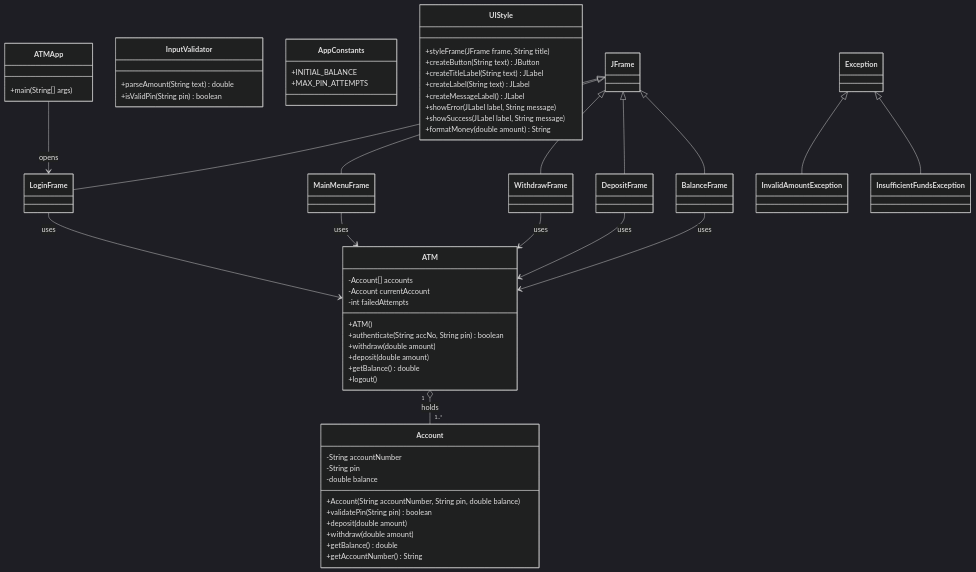
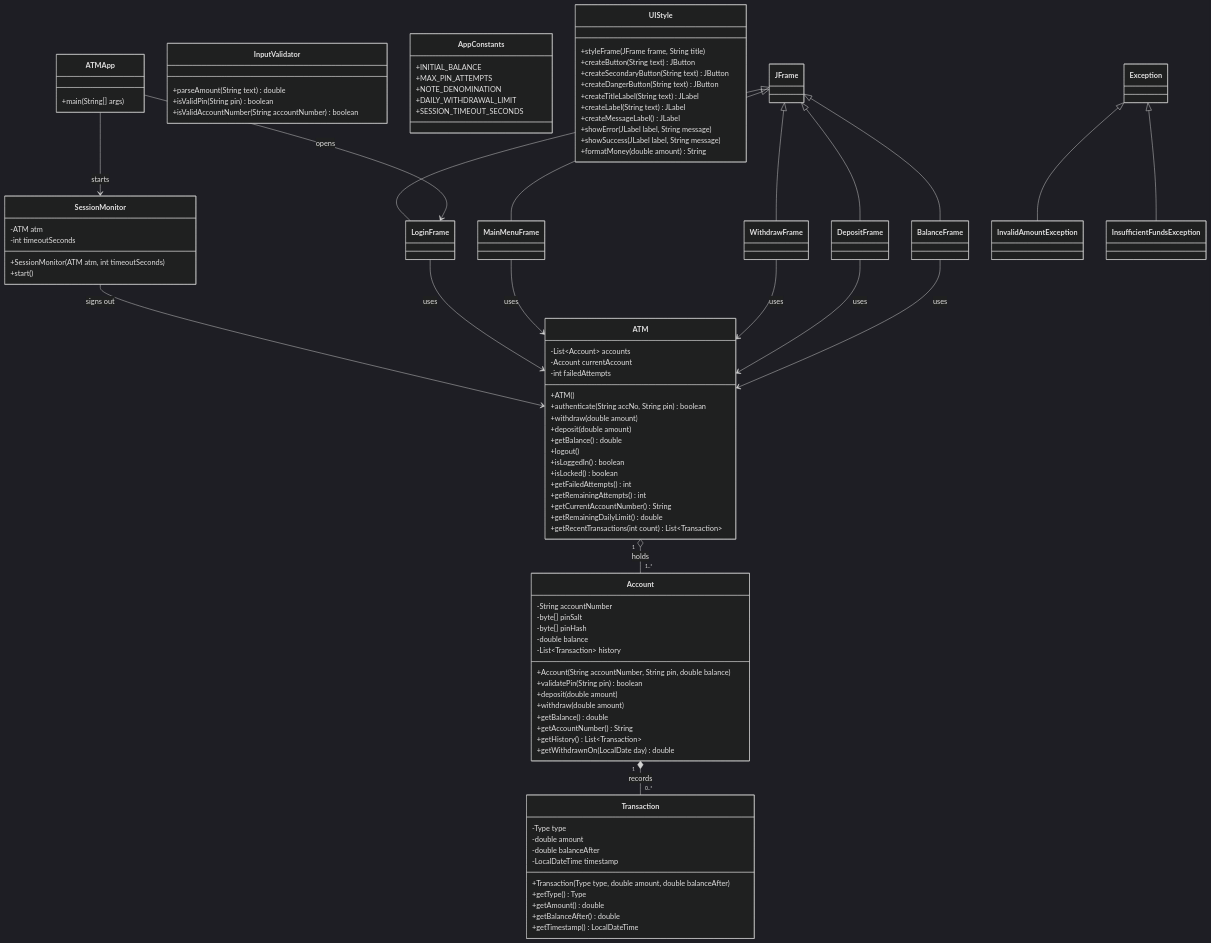
Before and after one commit to muvhofhololitsanwani-design/atm-project-group2: the diagram in README.md, drawn with Mermaid (dark theme). The commit also changed other lines of this file and 7 other files, not shown here.

````diff
--- a/README.md
+++ b/README.md
@@ -70,8 +71,14 @@
     class ATMApp {
         +main(String[] args)
     }
+    class SessionMonitor {
+        -ATM atm
+        -int timeoutSeconds
+        +SessionMonitor(ATM atm, int timeoutSeconds)
+        +start()
+    }
     class ATM {
-        -Account[] accounts
+        -List~Account~ accounts
         -Account currentAccount
         -int failedAttempts
         +ATM()
@@ -80,29 +87,57 @@
         +deposit(double amount)
         +getBalance() double
         +logout()
+        +isLoggedIn() boolean
+        +isLocked() boolean
+        +getFailedAttempts() int
+        +getRemainingAttempts() int
+        +getCurrentAccountNumber() String
+        +getRemainingDailyLimit() double
+        +getRecentTransactions(int count) List~Transaction~
     }
     class Account {
         -String accountNumber
-        -String pin
+        -byte[] pinSalt
+        -byte[] pinHash
         -double balance
+        -List~Transaction~ history
         +Account(String accountNumber, String pin, double balance)
         +validatePin(String pin) boolean
         +deposit(double amount)
         +withdraw(double amount)
         +getBalance() double
         +getAccountNumber() String
+        +getHistory() List~Transaction~
+        +getWithdrawnOn(LocalDate day) double
+    }
+    class Transaction {
+        -Type type
+        -double amount
+        -double balanceAfter
+        -LocalDateTime timestamp
+        +Transaction(Type type, double amount, double balanceAfter)
+        +getType() Type
+        +getAmount() double
+        +getBalanceAfter() double
+        +getTimestamp() LocalDateTime
     }
     class InputValidator {
         +parseAmount(String text) double
         +isValidPin(String pin) boolean
+        +isValidAccountNumber(String accountNumber) boolean
     }
     class AppConstants {
         +INITIAL_BALANCE
         +MAX_PIN_ATTEMPTS
+        +NOTE_DENOMINATION
+        +DAILY_WITHDRAWAL_LIMIT
+        +SESSION_TIMEOUT_SECONDS
     }
     class UIStyle {
         +styleFrame(JFrame frame, String title)
         +createButton(String text) JButton
+        +createSecondaryButton(String text) JButton
+        +createDangerButton(String text) JButton
         +createTitleLabel(String text) JLabel
         +createLabel(String text) JLabel
         +createMessageLabel() JLabel
@@ -125,10 +160,13 @@
     Exception <|-- InsufficientFundsException
 
     ATMApp --> LoginFrame : opens
+    ATMApp --> SessionMonitor : starts
+    SessionMonitor --> ATM : signs out
     LoginFrame --> ATM : uses
     MainMenuFrame --> ATM : uses
     WithdrawFrame --> ATM : uses
     DepositFrame --> ATM : uses
     BalanceFrame --> ATM : uses
     ATM "1" o-- "1..*" Account : holds
+    Account "1" *-- "0..*" Transaction : records
 ```
````
